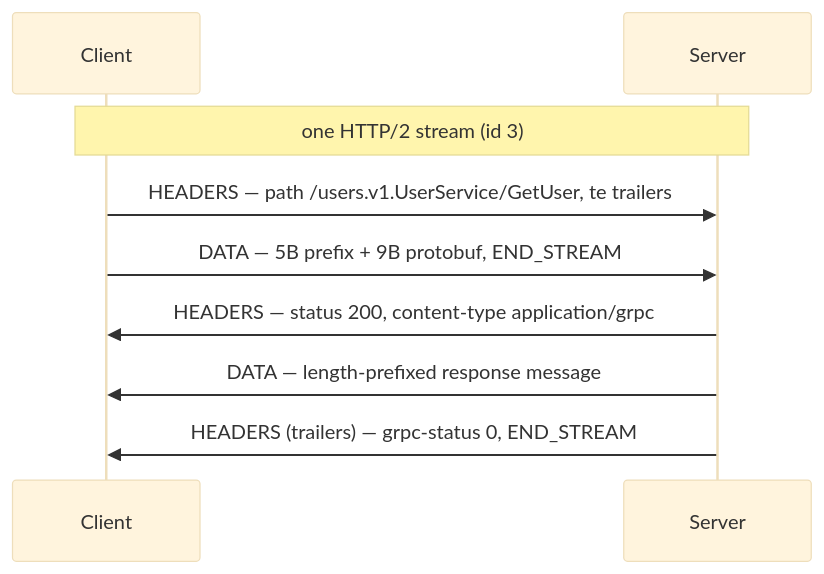
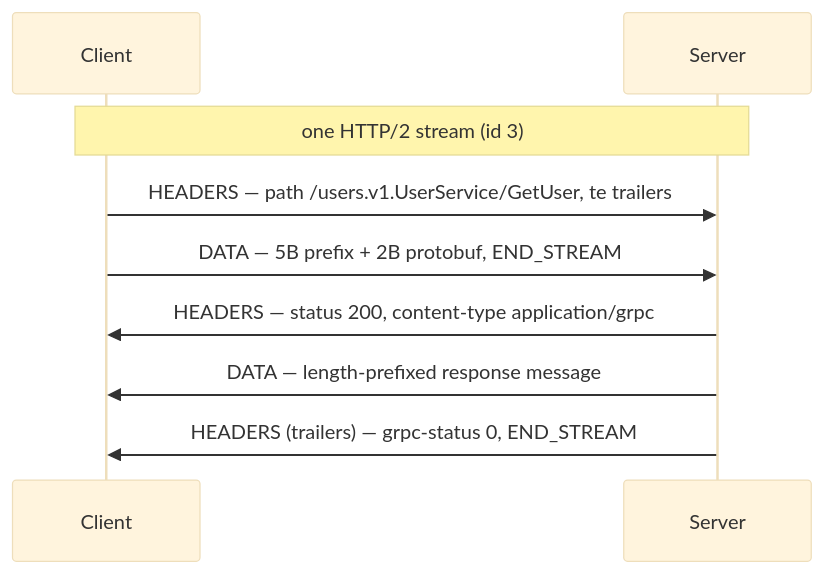
The second of 6 diagrams in content/blog/en/rpc-vs-rest.mdx (yoichiozaki/yoichiozaki.github.io), drawn with Mermaid (base theme) before and after one commit. The commit also changed other lines of this file and 220 other files, not shown here.

````diff
--- a/content/blog/en/rpc-vs-rest.mdx
+++ b/content/blog/en/rpc-vs-rest.mdx
@@ -296,11 +296,11 @@
 ```mermaid
 sequenceDiagram
     participant C as Client
     participant S as Server
     Note over C,S: one HTTP/2 stream (id 3)
     C->>S: HEADERS — path /users.v1.UserService/GetUser, te trailers
-    C->>S: DATA — 5B prefix + 9B protobuf, END_STREAM
+    C->>S: DATA — 5B prefix + 2B protobuf, END_STREAM
     S->>C: HEADERS — status 200, content-type application/grpc
     S->>C: DATA — length-prefixed response message
     S->>C: HEADERS (trailers) — grpc-status 0, END_STREAM
 ```
````
